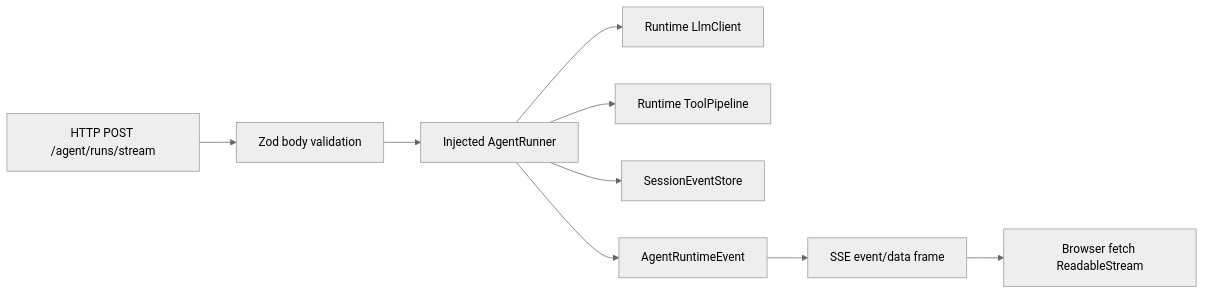
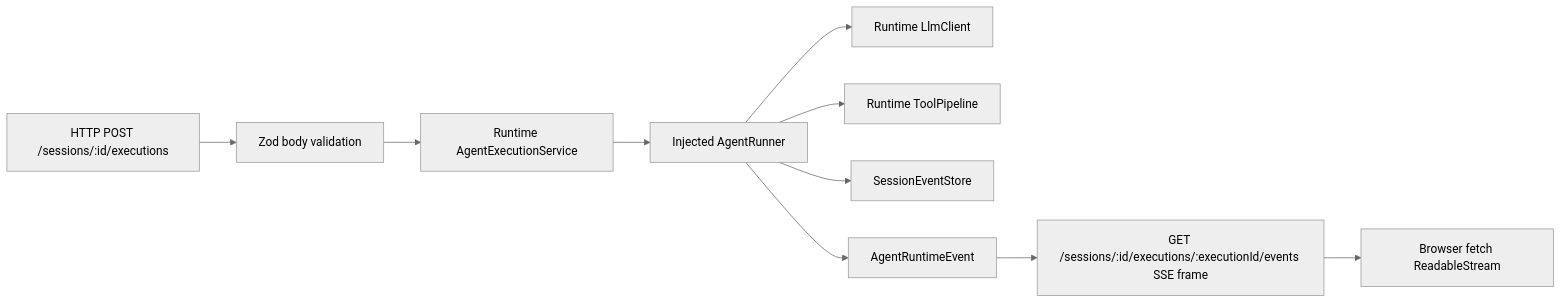
Before and after one commit to GitHubxxx17/Weave: the second of 5 diagrams in docs/architecture/foundation.md, drawn with Mermaid (neutral theme). The commit also changed other lines of this file and 21 other files, not shown here.

````diff
--- a/docs/architecture/foundation.md
+++ b/docs/architecture/foundation.md
@@ -347,11 +347,12 @@
 ```mermaid
 flowchart LR
-    A[HTTP POST /agent/runs/stream] --> B[Zod body validation]
-    B --> C[Injected AgentRunner]
-    C --> D[Runtime LlmClient]
-    C --> E[Runtime ToolPipeline]
-    C --> F[SessionEventStore]
-    C --> G[AgentRuntimeEvent]
-    G --> H[SSE event/data frame]
-    H --> I[Browser fetch ReadableStream]
+    A[HTTP POST /sessions/:id/executions] --> B[Zod body validation]
+    B --> C[Runtime AgentExecutionService]
+    C --> D[Injected AgentRunner]
+    D --> E[Runtime LlmClient]
+    D --> F[Runtime ToolPipeline]
+    D --> G[SessionEventStore]
+    D --> H[AgentRuntimeEvent]
+    H --> I[GET /sessions/:id/executions/:executionId/events SSE frame]
+    I --> J[Browser fetch ReadableStream]
 ```
````
